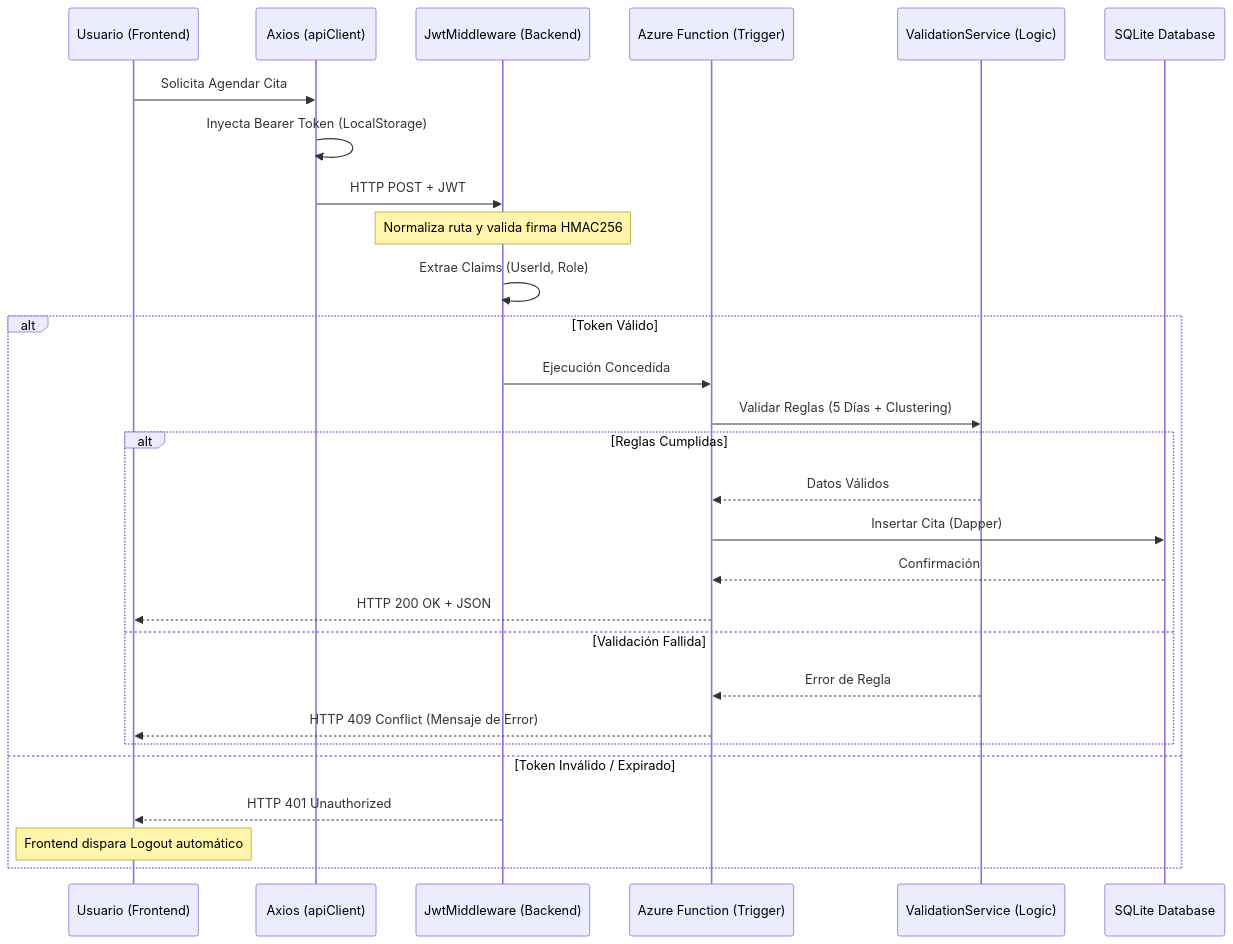
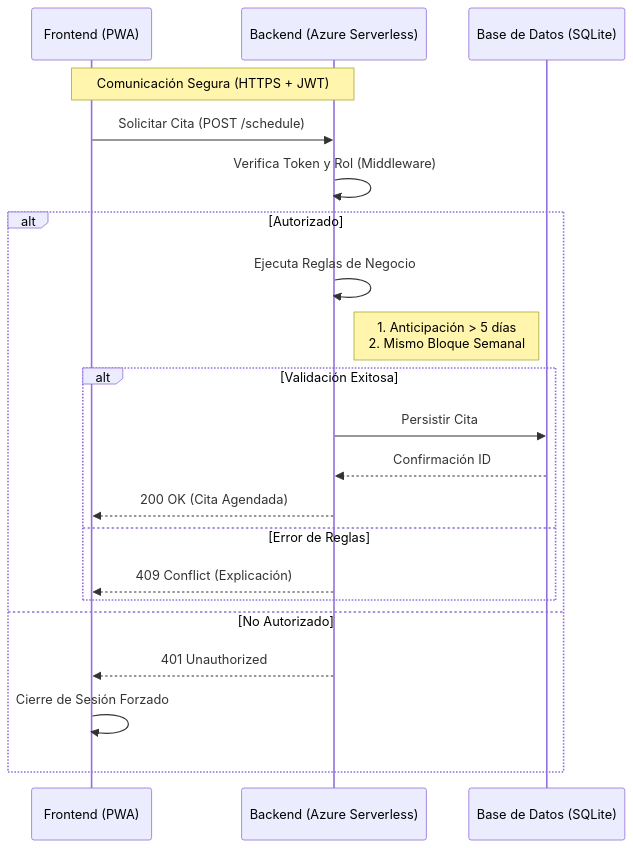
One commit to Mylisuthy/Challenge_celsia changed the first of 3 diagrams in README.md. Above: the diagram before and after it, drawn with Mermaid.

Commit message:
docs: simplify architecture diagram for better readability

````diff
--- a/README.md
+++ b/README.md
@@ -30,34 +30,29 @@
 ```mermaid
 sequenceDiagram
-    participant User as Usuario (Frontend)
-    participant Client as Axios (apiClient)
-    participant Pipe as JwtMiddleware (Backend)
-    participant Function as Azure Function (Trigger)
-    participant Service as ValidationService (Logic)
-    participant DB as SQLite Database
+    participant UI as Frontend (PWA)
+    participant API as Backend (Azure Serverless)
+    participant DB as Base de Datos (SQLite)
 
-    User->>Client: Solicita Agendar Cita
-    Client->>Client: Inyecta Bearer Token (LocalStorage)
-    Client->>Pipe: HTTP POST + JWT
-    Note over Pipe: Normaliza ruta y valida firma HMAC256
-    Pipe->>Pipe: Extrae Claims (UserId, Role)
+    Note over UI, API: Comunicación Segura (HTTPS + JWT)
+
+    UI->>API: Solicitar Cita (POST /schedule)
     
-    alt Token Válido
-        Pipe->>Function: Ejecución Concedida
-        Function->>Service: Validar Reglas (5 Días + Clustering)
+    API->>API: Verifica Token y Rol (Middleware)
+    
+    alt Autorizado
+        API->>API: Ejecuta Reglas de Negocio
+        Note right of API: 1. Anticipación > 5 días<br/>2. Mismo Bloque Semanal
         
-        alt Reglas Cumplidas
-            Service-->>Function: Datos Válidos
-            Function->>DB: Insertar Cita (Dapper)
-            DB-->>Function: Confirmación
-            Function-->>User: HTTP 200 OK + JSON
-        else Validación Fallida
-            Service-->>Function: Error de Regla
-            Function-->>User: HTTP 409 Conflict (Mensaje de Error)
+        alt Validación Exitosa
+            API->>DB: Persistir Cita
+            DB-->>API: Confirmación ID
+            API-->>UI: 200 OK (Cita Agendada)
+        else Error de Reglas
+            API-->>UI: 409 Conflict (Explicación)
         end
         
-    else Token Inválido / Expirado
-        Pipe-->>User: HTTP 401 Unauthorized
-        Note over User: Frontend dispara Logout automático
+    else No Autorizado
+        API-->>UI: 401 Unauthorized
+        UI->>UI: Cierre de Sesión Forzado
     end
 ```
````
